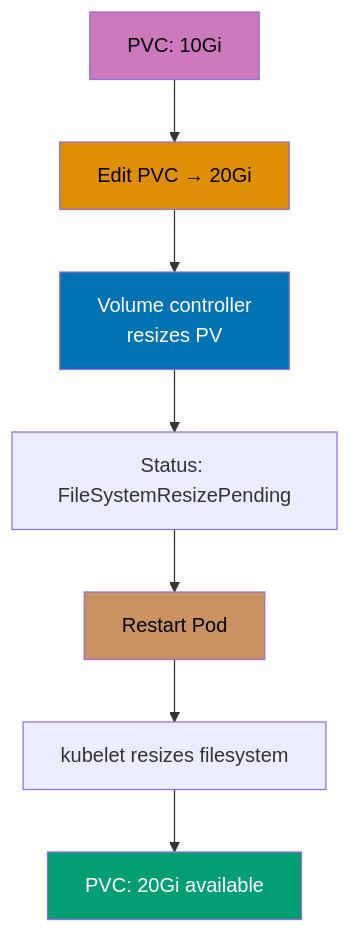
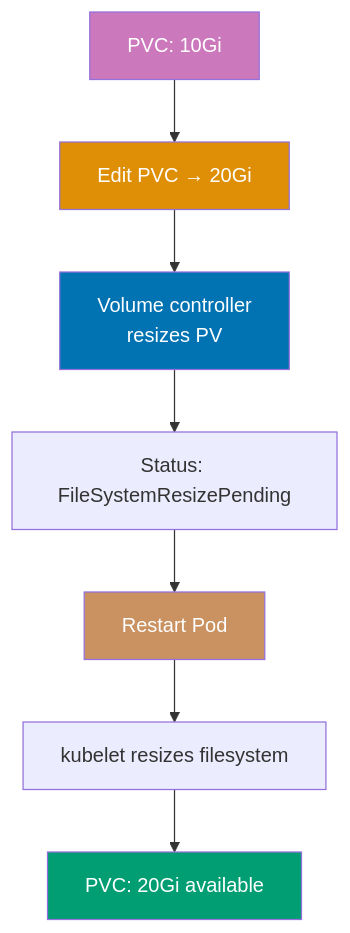
One commit to wahidyankf/open-sharia-enterprise changed the eighth of 12 diagrams in apps/ayokoding-web/content/en/learn/software-engineering/infrastructure/tools/kubernetes/by-example/intermediate.md. Above: the diagram before and after it, drawn with Mermaid. The commit also changed other lines of this file and 61 other files, not shown here.

First line of the commit message:
fix(ayokoding-web): quote Mermaid node labels with special characters in Example 63

````diff
--- a/apps/ayokoding-web/content/en/learn/software-engineering/infrastructure/tools/kubernetes/by-example/intermediate.md
+++ b/apps/ayokoding-web/content/en/learn/software-engineering/infrastructure/tools/kubernetes/by-example/intermediate.md
@@ -1738,16 +1738,16 @@
 ```mermaid
 %% Volume expansion workflow
 graph TD
     A[PVC: 10Gi] --> B[Edit PVC → 20Gi]
     B --> C[Volume controller<br/>resizes PV]
     C --> D[Status: FileSystemResizePending]
     D --> E[Restart Pod]
     E --> F[kubelet resizes filesystem]
     F --> G[PVC: 20Gi available]
 
-    style A fill:#CC78BC,color:#000
-    style B fill:#DE8F05,color:#000
+    style A fill:#CC78BC,color:#fff
+    style B fill:#DE8F05,color:#fff
     style C fill:#0173B2,color:#fff
-    style E fill:#CA9161,color:#000
+    style E fill:#CA9161,color:#fff
     style G fill:#029E73,color:#fff
 ```
````
